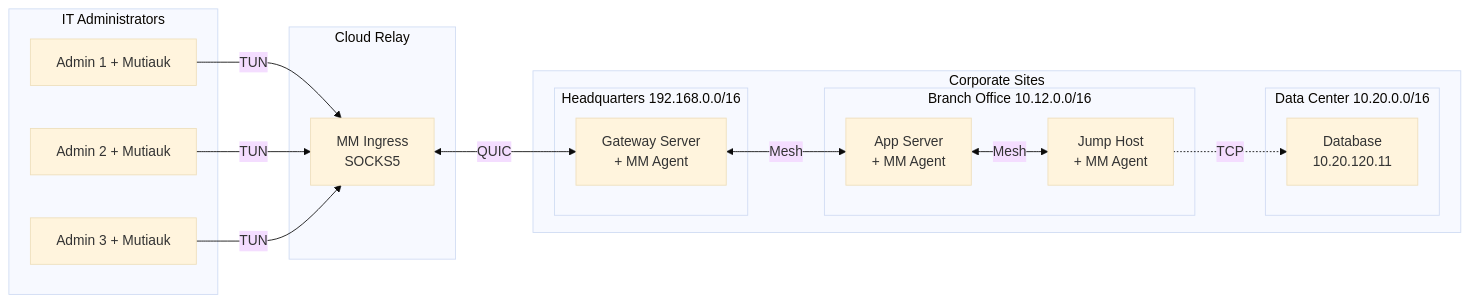
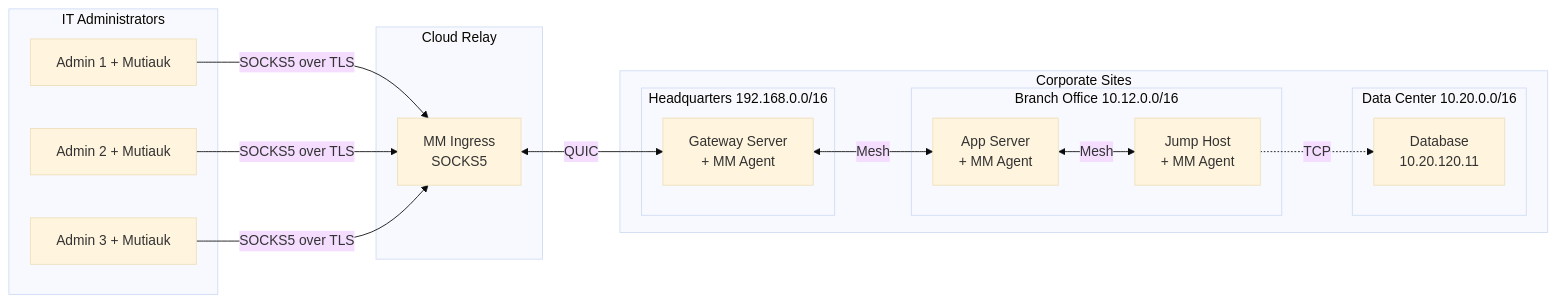
The second of 2 diagrams in user-manual/src/10-tun-interface.md (Muti-Metroo/Muti-Metroo), drawn with Mermaid (base theme) before and after one commit. The commit also changed other lines of this file and 36 other files, not shown here.

````diff
--- a/user-manual/src/10-tun-interface.md
+++ b/user-manual/src/10-tun-interface.md
@@ -418,33 +451,33 @@
 ```mermaid
 flowchart LR
     subgraph Admins["IT Administrators"]
         A1["Admin 1 + Mutiauk"]
         A2["Admin 2 + Mutiauk"]
         A3["Admin 3 + Mutiauk"]
     end
 
     subgraph Cloud["Cloud Relay"]
         Ingress["MM Ingress<br/>SOCKS5"]
     end
 
     subgraph Sites["Corporate Sites"]
         subgraph HQ["Headquarters 192.168.0.0/16"]
             GW["Gateway Server<br/>+ MM Agent"]
         end
 
         subgraph Branch["Branch Office 10.12.0.0/16"]
             App["App Server<br/>+ MM Agent"]
             Jump["Jump Host<br/>+ MM Agent"]
         end
 
         subgraph DC["Data Center 10.20.0.0/16"]
             DB["Database<br/>10.20.120.11"]
         end
     end
 
-    A1 & A2 & A3 -->|TUN| Ingress
+    A1 & A2 & A3 -->|SOCKS5 over TLS| Ingress
     Ingress <-->|QUIC| GW
     GW <-->|Mesh| App
     App <-->|Mesh| Jump
     Jump -.->|TCP| DB
 ```
````
